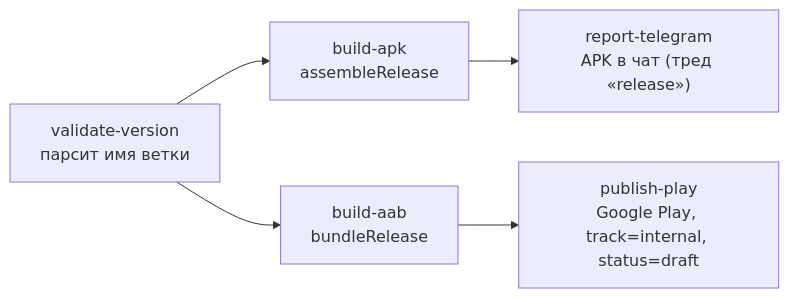
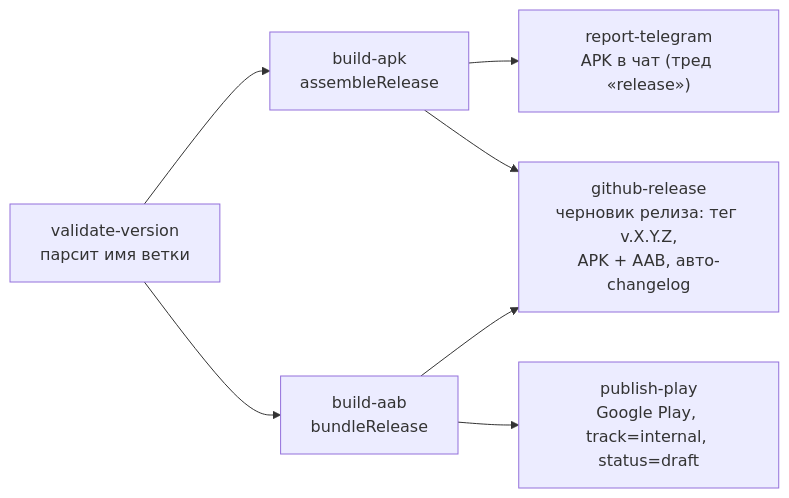
The third of 3 diagrams in docs/ci-cd.md (IliaVoskoboinikov/Finance-Manager), drawn with Mermaid before and after one commit. The commit also changed other lines of this file and 21 other files, not shown here.

````diff
--- a/docs/ci-cd.md
+++ b/docs/ci-cd.md
@@ -115,7 +170,9 @@
 ```mermaid
 flowchart LR
     v["validate-version<br/>парсит имя ветки"] --> apk["build-apk<br/>assembleRelease"]
     v --> aab["build-aab<br/>bundleRelease"]
     apk --> tg["report-telegram<br/>APK в чат (тред «release»)"]
     aab --> play["publish-play<br/>Google Play, track=internal, status=draft"]
+    apk --> gh["github-release<br/>черновик релиза: тег v.X.Y.Z,<br/>APK + AAB, авто-changelog"]
+    aab --> gh
 ```
````
